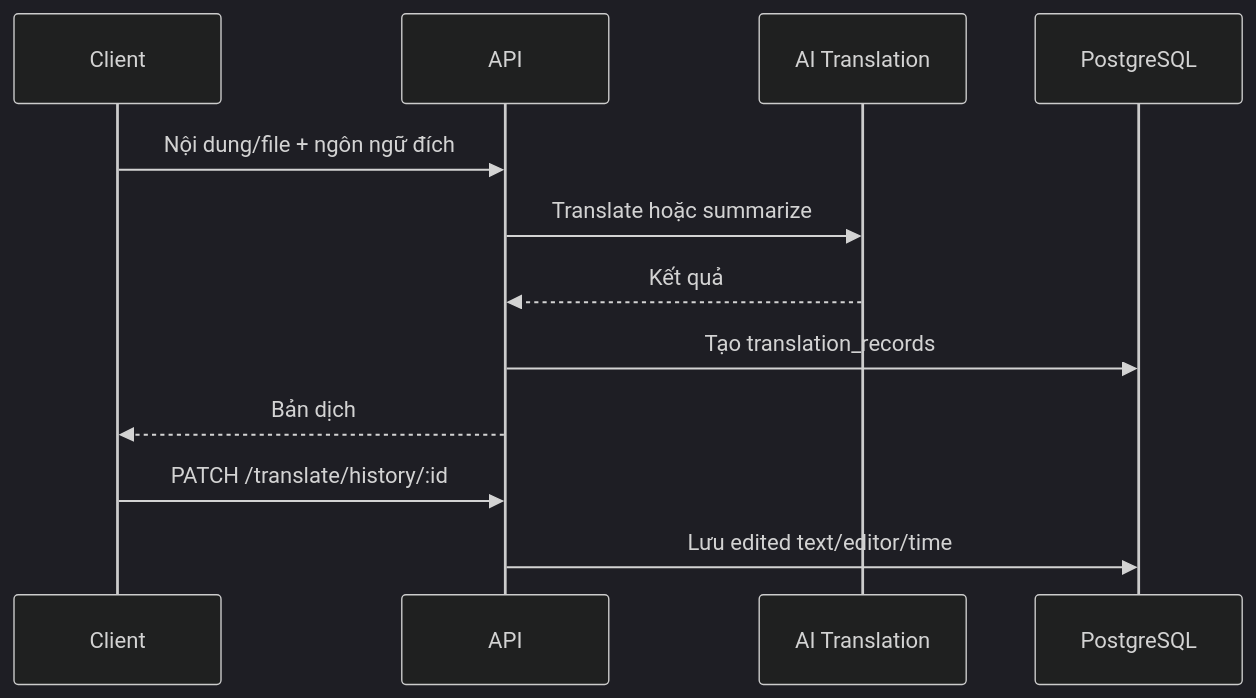
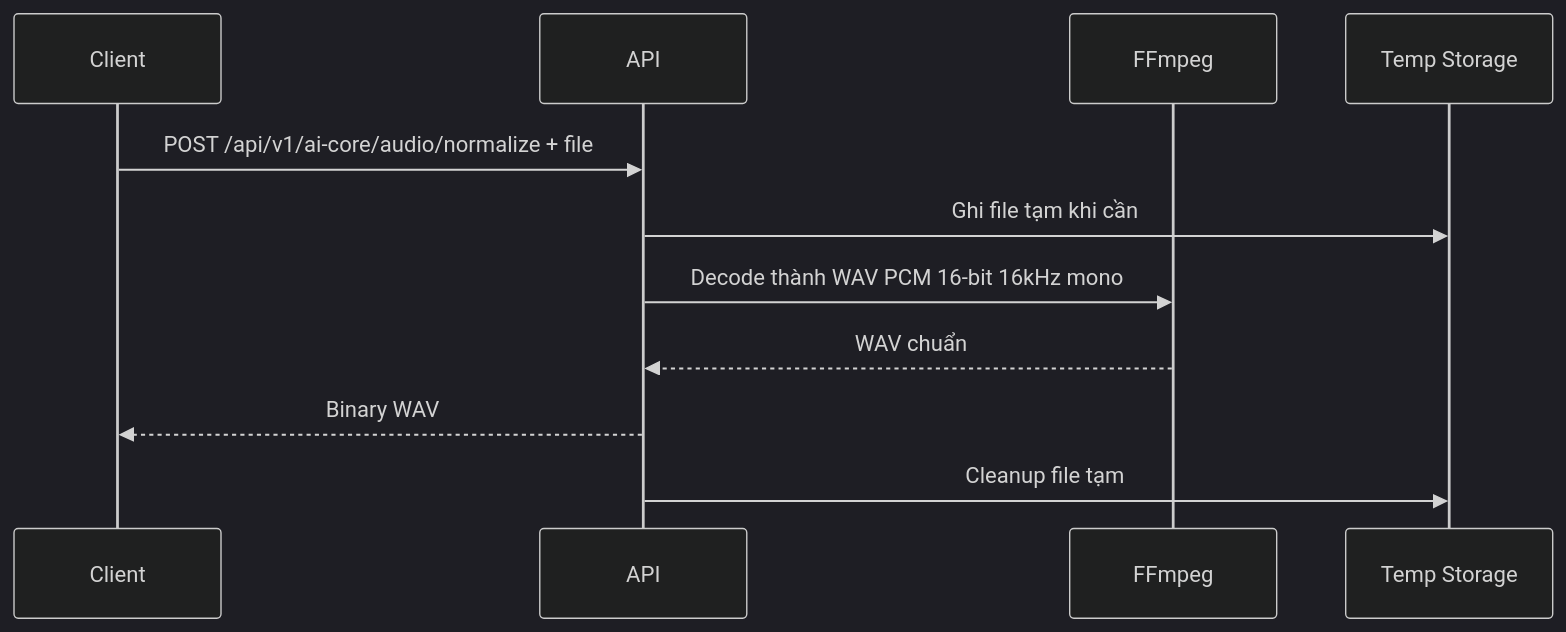
One commit to SSIT-joint-stock/identify-voice-base changed diagram 20 of 29 in docs/architecture/data-flow.md. Above: the diagram before and after it, drawn with Mermaid (dark theme). The commit also changed other lines of this file and 1 other file, not shown here.

Commit message:
docs: enhance data flow documentation with detailed coverage matrix and pipeline overview

````diff
--- a/docs/architecture/data-flow.md
+++ b/docs/architecture/data-flow.md
@@ -206,15 +576,14 @@
 ```mermaid
 sequenceDiagram
     participant C as Client
     participant A as API
-    participant AI as AI Translation
-    participant D as PostgreSQL
+    participant F as FFmpeg
+    participant T as Temp Storage
 
-    C->>A: Nội dung/file + ngôn ngữ đích
-    A->>AI: Translate hoặc summarize
-    AI-->>A: Kết quả
-    A->>D: Tạo translation_records
-    A-->>C: Bản dịch
-    C->>A: PATCH /translate/history/:id
-    A->>D: Lưu edited text/editor/time
+    C->>A: POST /api/v1/ai-core/audio/normalize + file
+    A->>T: Ghi file tạm khi cần
+    A->>F: Decode thành WAV PCM 16-bit 16kHz mono
+    F-->>A: WAV chuẩn
+    A-->>C: Binary WAV
+    A->>T: Cleanup file tạm
 ```
````
